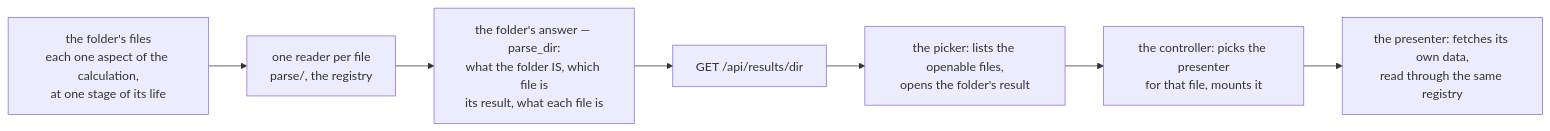
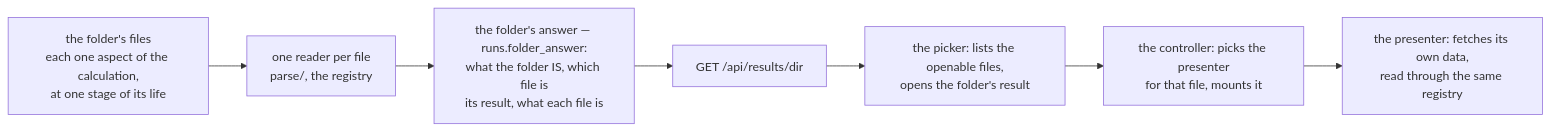
The first of 4 diagrams in docs/web/results.md (Qing-LAB/molbuilder), drawn with Mermaid before and after one commit. The commit also changed other lines of this file and 44 other files, not shown here.

````diff
--- a/docs/web/results.md
+++ b/docs/web/results.md
@@ -28,9 +28,9 @@
 ```mermaid
 flowchart LR
   F["the folder's files<br/>each one aspect of the calculation,<br/>at one stage of its life"] --> R["one reader per file<br/>parse/, the registry"]
-  R --> D["the folder's answer — parse_dir:<br/>what the folder IS, which file is<br/>its result, what each file is"]
+  R --> D["the folder's answer — runs.folder_answer:<br/>what the folder IS, which file is<br/>its result, what each file is"]
   D --> API["GET /api/results/dir"]
   API --> P["the picker: lists the openable files,<br/>opens the folder's result"]
   P --> C["the controller: picks the presenter<br/>for that file, mounts it"]
   C --> V["the presenter: fetches its own data,<br/>read through the same registry"]
 ```
````
